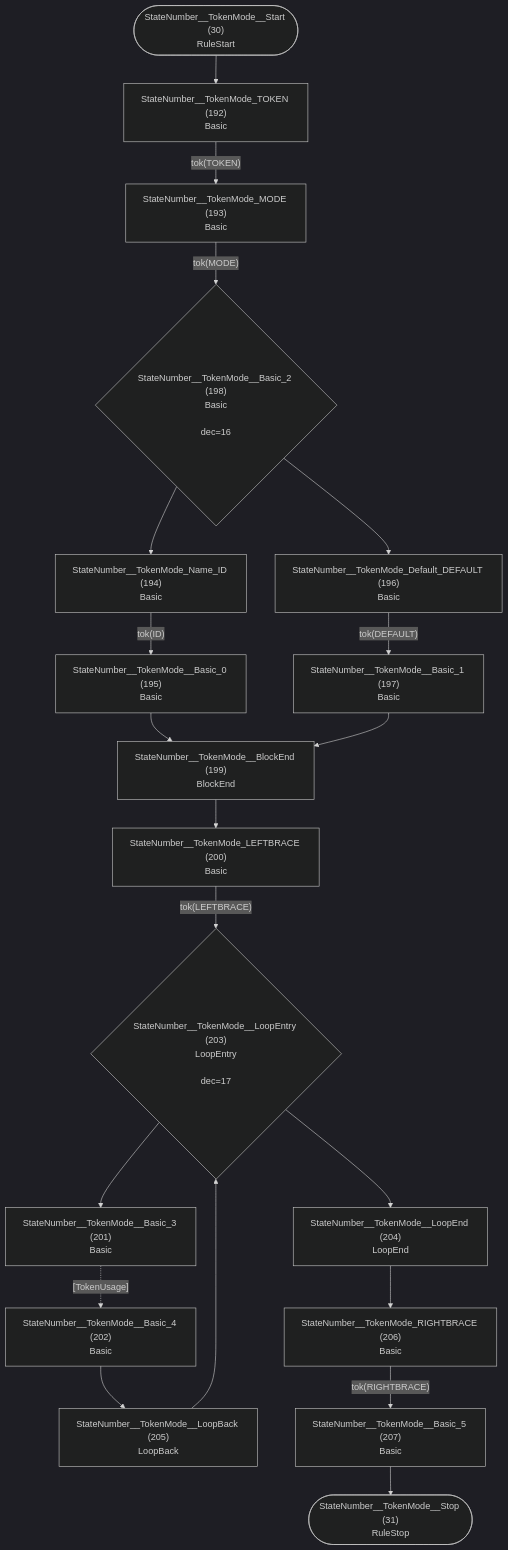
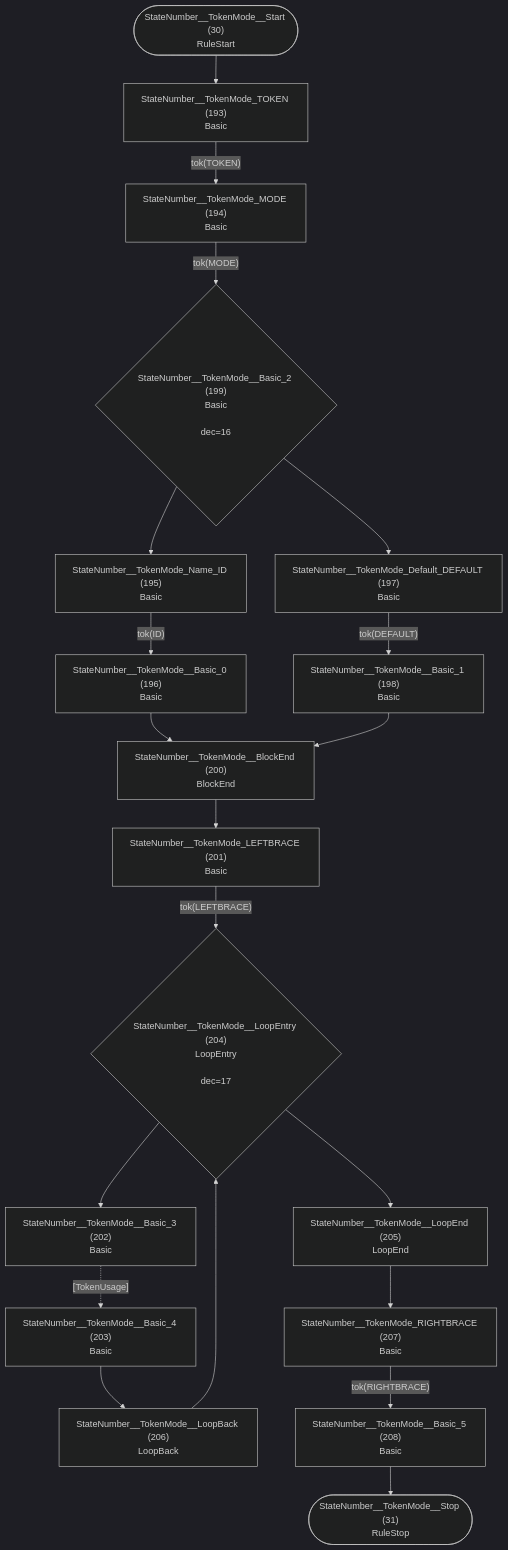
One commit to TypeFox/fastbelt changed diagram 16 of 32 in internal/grammar/atn.md. Above: the diagram before and after it, drawn with Mermaid (dark theme). The commit also changed other lines of this file and 6 other files, not shown here.

````diff
--- a/internal/grammar/atn.md
+++ b/internal/grammar/atn.md
@@ -435,41 +437,41 @@
 ```mermaid
 flowchart TD
     q30(["StateNumber__TokenMode__Start (30)<br/>RuleStart"])
     q31(["StateNumber__TokenMode__Stop (31)<br/>RuleStop"])
-    q192["StateNumber__TokenMode_TOKEN (192)<br/>Basic<br/>"]
-    q193["StateNumber__TokenMode_MODE (193)<br/>Basic<br/>"]
-    q194["StateNumber__TokenMode_Name_ID (194)<br/>Basic<br/>"]
-    q195["StateNumber__TokenMode__Basic_0 (195)<br/>Basic<br/>"]
-    q196["StateNumber__TokenMode_Default_DEFAULT (196)<br/>Basic<br/>"]
-    q197["StateNumber__TokenMode__Basic_1 (197)<br/>Basic<br/>"]
-    q198{"StateNumber__TokenMode__Basic_2 (198)<br/>Basic<br/><br/>dec=16"}
-    q199["StateNumber__TokenMode__BlockEnd (199)<br/>BlockEnd<br/>"]
-    q200["StateNumber__TokenMode_LEFTBRACE (200)<br/>Basic<br/>"]
-    q201["StateNumber__TokenMode__Basic_3 (201)<br/>Basic<br/>"]
-    q202["StateNumber__TokenMode__Basic_4 (202)<br/>Basic<br/>"]
-    q203{"StateNumber__TokenMode__LoopEntry (203)<br/>LoopEntry<br/><br/>dec=17"}
-    q204["StateNumber__TokenMode__LoopEnd (204)<br/>LoopEnd<br/>"]
-    q205["StateNumber__TokenMode__LoopBack (205)<br/>LoopBack<br/>"]
-    q206["StateNumber__TokenMode_RIGHTBRACE (206)<br/>Basic<br/>"]
-    q207["StateNumber__TokenMode__Basic_5 (207)<br/>Basic<br/>"]
+    q193["StateNumber__TokenMode_TOKEN (193)<br/>Basic<br/>"]
+    q194["StateNumber__TokenMode_MODE (194)<br/>Basic<br/>"]
+    q195["StateNumber__TokenMode_Name_ID (195)<br/>Basic<br/>"]
+    q196["StateNumber__TokenMode__Basic_0 (196)<br/>Basic<br/>"]
+    q197["StateNumber__TokenMode_Default_DEFAULT (197)<br/>Basic<br/>"]
+    q198["StateNumber__TokenMode__Basic_1 (198)<br/>Basic<br/>"]
+    q199{"StateNumber__TokenMode__Basic_2 (199)<br/>Basic<br/><br/>dec=16"}
+    q200["StateNumber__TokenMode__BlockEnd (200)<br/>BlockEnd<br/>"]
+    q201["StateNumber__TokenMode_LEFTBRACE (201)<br/>Basic<br/>"]
+    q202["StateNumber__TokenMode__Basic_3 (202)<br/>Basic<br/>"]
+    q203["StateNumber__TokenMode__Basic_4 (203)<br/>Basic<br/>"]
+    q204{"StateNumber__TokenMode__LoopEntry (204)<br/>LoopEntry<br/><br/>dec=17"}
+    q205["StateNumber__TokenMode__LoopEnd (205)<br/>LoopEnd<br/>"]
+    q206["StateNumber__TokenMode__LoopBack (206)<br/>LoopBack<br/>"]
+    q207["StateNumber__TokenMode_RIGHTBRACE (207)<br/>Basic<br/>"]
+    q208["StateNumber__TokenMode__Basic_5 (208)<br/>Basic<br/>"]
 
-    q30 --> q192
-    q192 -->|"tok(TOKEN)"| q193
-    q193 -->|"tok(MODE)"| q198
-    q194 -->|"tok(ID)"| q195
-    q195 --> q199
-    q196 -->|"tok(DEFAULT)"| q197
-    q197 --> q199
-    q198 --> q194
-    q198 --> q196
-    q199 --> q200
-    q200 -->|"tok(LEFTBRACE)"| q203
-    q201 -.->|"[TokenUsage]"| q202
-    q202 --> q205
-    q203 --> q201
-    q203 --> q204
-    q204 --> q206
-    q205 --> q203
-    q206 -->|"tok(RIGHTBRACE)"| q207
-    q207 --> q31
+    q30 --> q193
+    q193 -->|"tok(TOKEN)"| q194
+    q194 -->|"tok(MODE)"| q199
+    q195 -->|"tok(ID)"| q196
+    q196 --> q200
+    q197 -->|"tok(DEFAULT)"| q198
+    q198 --> q200
+    q199 --> q195
+    q199 --> q197
+    q200 --> q201
+    q201 -->|"tok(LEFTBRACE)"| q204
+    q202 -.->|"[TokenUsage]"| q203
+    q203 --> q206
+    q204 --> q202
+    q204 --> q205
+    q205 --> q207
+    q206 --> q204
+    q207 -->|"tok(RIGHTBRACE)"| q208
+    q208 --> q31
 ```
````
